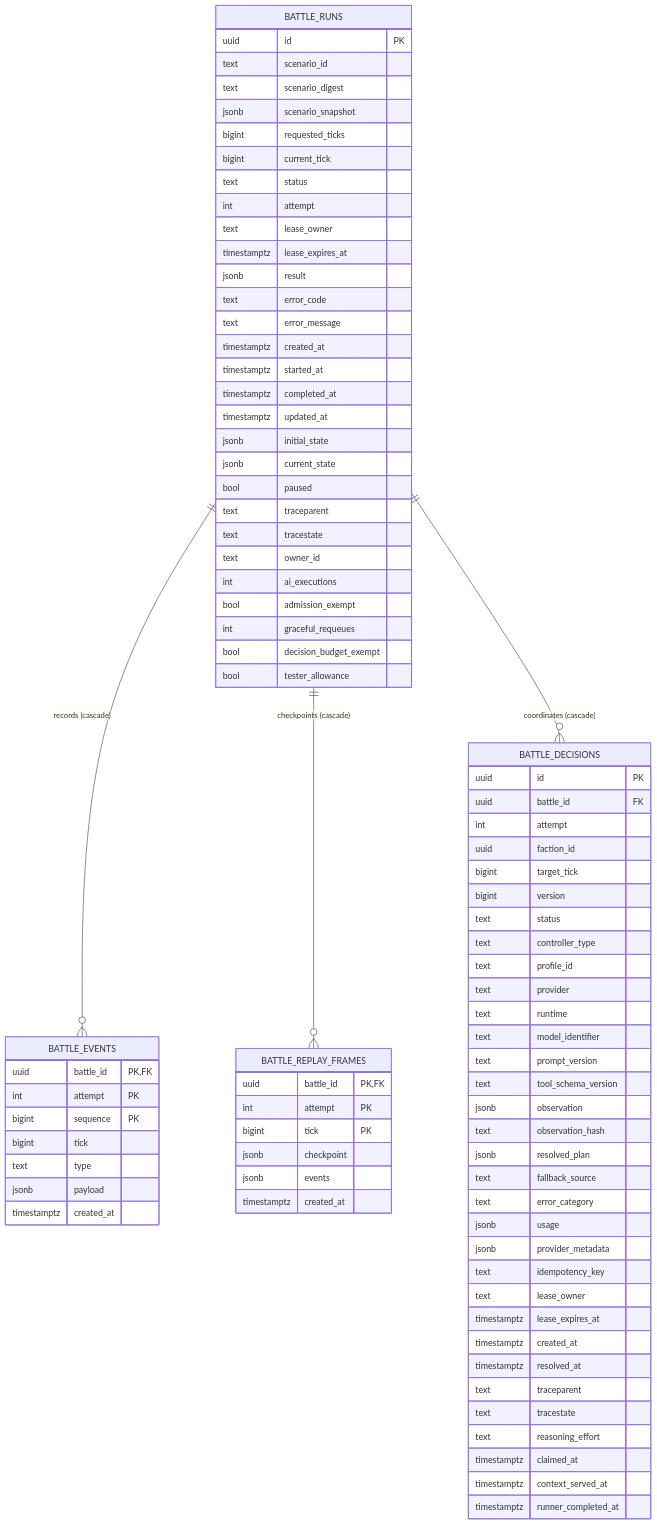
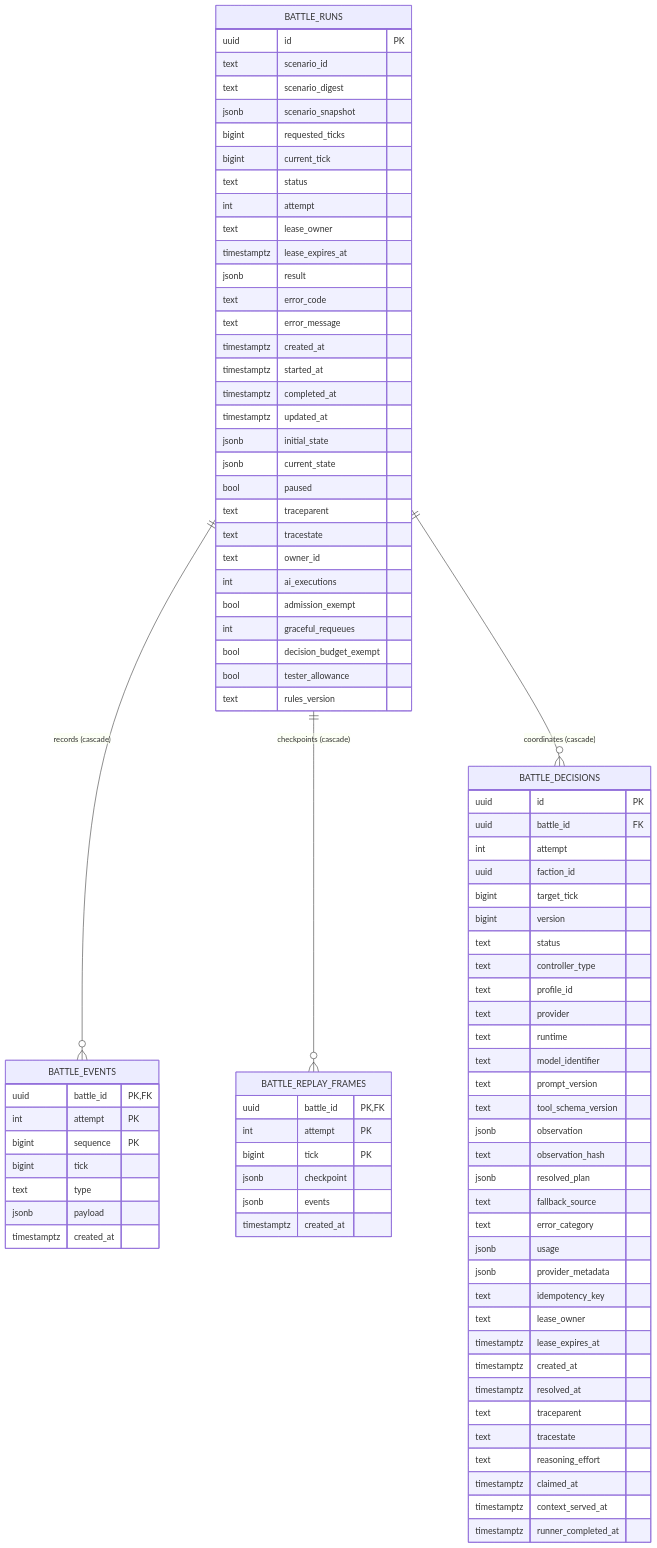
The first of 4 diagrams in docs/architecture/database.md (twhAuto/autonomous_battlefield), drawn with Mermaid before and after one commit. The commit also changed other lines of this file and 6 other files, not shown here.

First line of the commit message:
AB-229: Document rules-version filters, the version index and their query plans

```diff
--- a/docs/architecture/database.md
+++ b/docs/architecture/database.md
@@ -115,6 +117,7 @@
         int graceful_requeues
         bool decision_budget_exempt
         bool tester_allowance
+        text rules_version
     }
     BATTLE_EVENTS {
         uuid battle_id PK,FK
```
